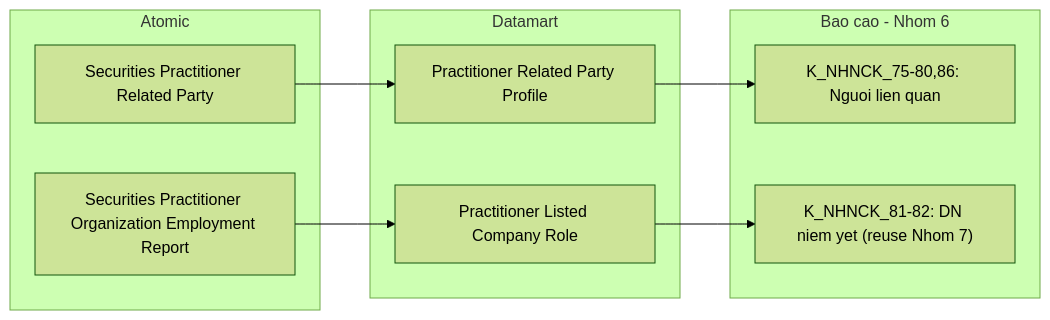
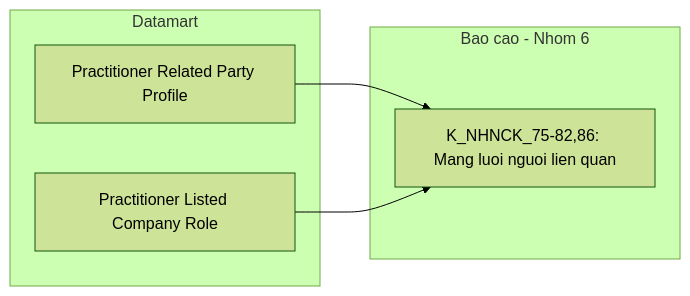
Before and after one commit to linhlvit/ubck_atomic_design: diagram 25 of 40 in Datamart/hld/DTM_NHNCK_HLD.md, drawn with Mermaid (forest theme). The commit also changed other lines of this file and 35 other files, not shown here.

````diff
--- a/Datamart/hld/DTM_NHNCK_HLD.md
+++ b/Datamart/hld/DTM_NHNCK_HLD.md
@@ -1058,19 +1052,12 @@
 ```mermaid
 flowchart LR
-    subgraph SIL["Atomic"]
-        SV1["Securities Practitioner Related Party"]
-        SV2["Securities Practitioner Organization Employment Report"]
-    end
     subgraph Datamart["Datamart"]
         G1["Practitioner Related Party Profile"]
         G2["Practitioner Listed Company Role"]
     end
     subgraph RPT["Bao cao - Nhom 6"]
-        R1["K_NHNCK_75-80,86: Nguoi lien quan"]
-        R2["K_NHNCK_81-82: DN niem yet (reuse Nhom 7)"]
+        R1["K_NHNCK_75-82,86: Mang luoi nguoi lien quan"]
     end
-    SV1 --> G1
-    SV2 --> G2
     G1 --> R1
-    G2 --> R2
+    G2 --> R1
 ```
````
